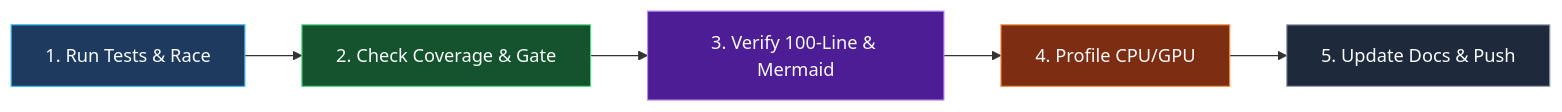
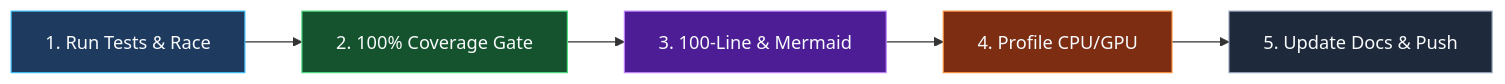
One commit to thomascherickal/go-ai-gateway changed the first of 2 diagrams in next-steps.md. Above: the diagram before and after it, drawn with Mermaid. The commit also changed other lines of this file and 3 other files, not shown here.

````diff
--- a/next-steps.md
+++ b/next-steps.md
@@ -5,12 +5,12 @@
 ```mermaid
 flowchart LR
-  A["1. Run Tests & Race"] --> B["2. Check Coverage & Gate"]
-  B --> C["3. Verify 100-Line & Mermaid"]
+  A["1. Run Tests & Race"] --> B["2. 100% Coverage Gate"]
+  B --> C["3. 100-Line & Mermaid"]
   C --> D["4. Profile CPU/GPU"]
   D --> E["5. Update Docs & Push"]
   style A fill:#1e3a5f,stroke:#38bdf8,color:#f8fafc
   style B fill:#14532d,stroke:#4ade80,color:#f8fafc
   style C fill:#4c1d95,stroke:#c084fc,color:#f8fafc
   style D fill:#7c2d12,stroke:#fb923c,color:#f8fafc
   style E fill:#1e293b,stroke:#94a3b8,color:#f8fafc
 ```
````
